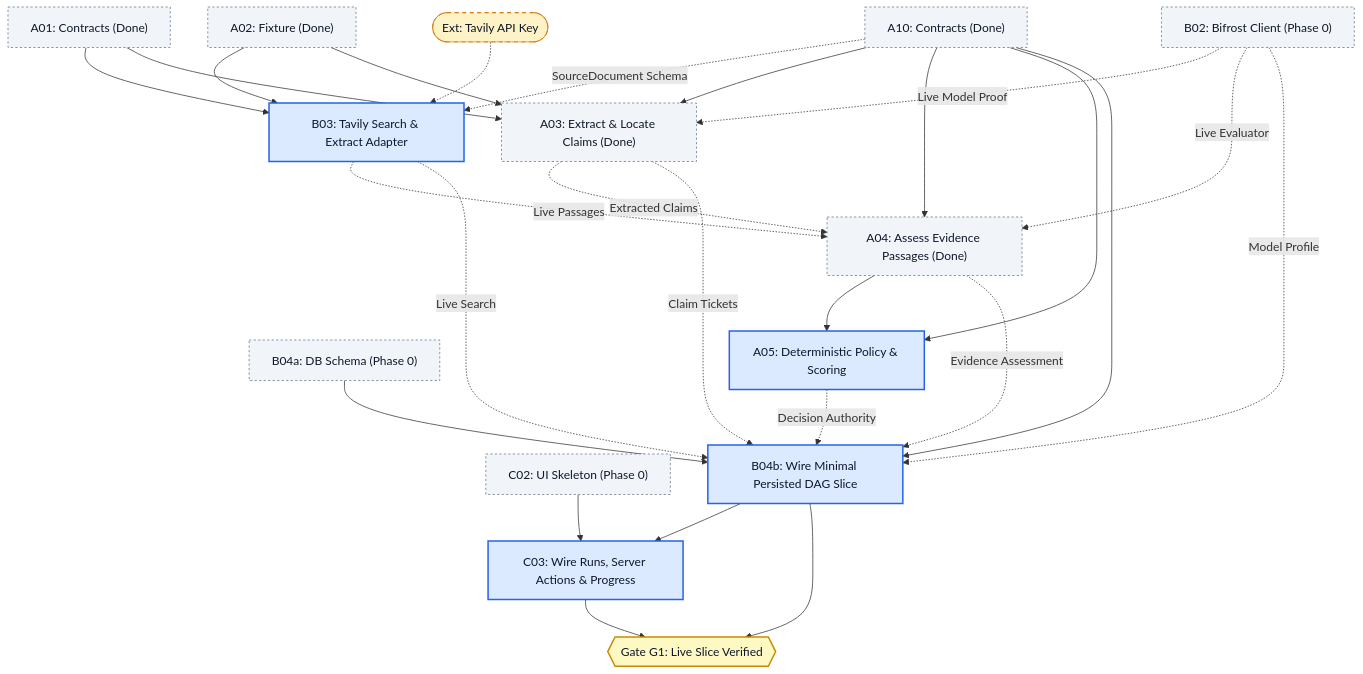
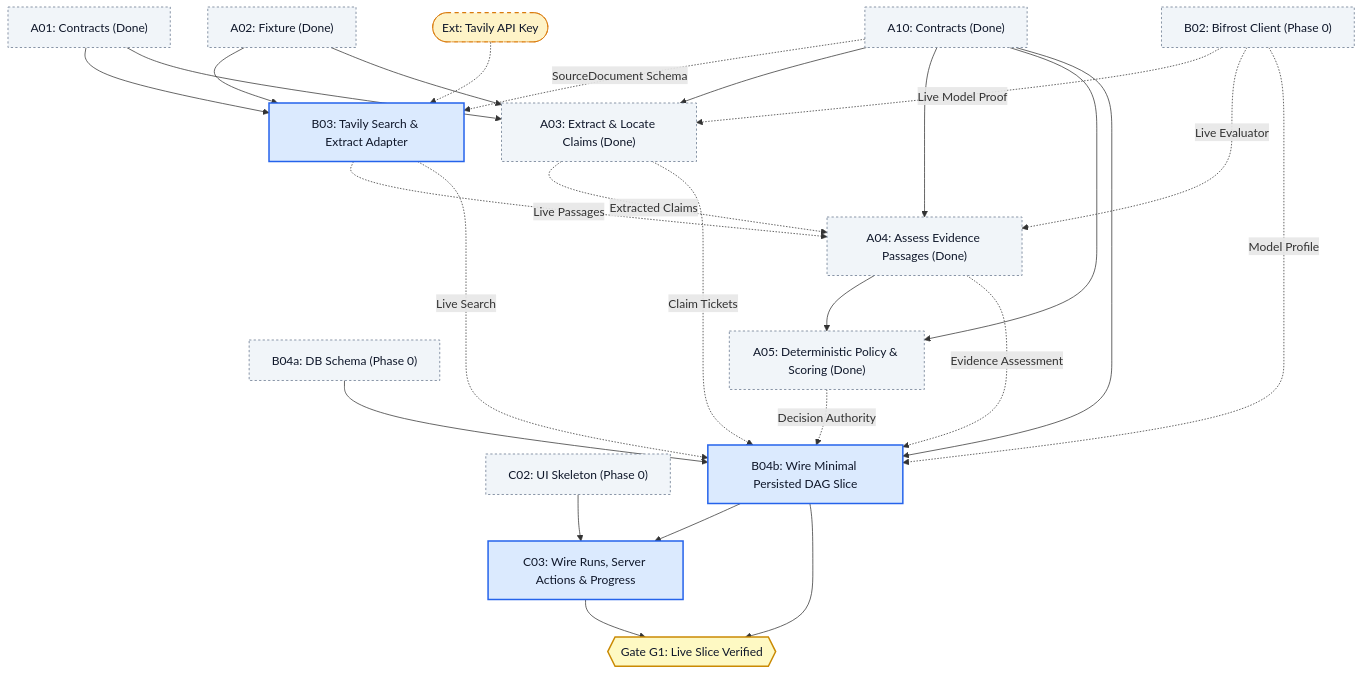
One commit to Driftaxe/Afterfact changed the third of 6 diagrams in docs/PARALLEL-WORK-PLAN.md. Above: the diagram before and after it, drawn with Mermaid. The commit also changed other lines of this file and 7 other files, not shown here.

Commit message:
feat(verify): implement A05 deterministic policy, decision gates, and aggregate synthesis

````diff
--- a/docs/PARALLEL-WORK-PLAN.md
+++ b/docs/PARALLEL-WORK-PLAN.md
@@ -192,59 +192,59 @@
 ```mermaid
 flowchart TD
     classDef unblocked fill:#dbeafe,stroke:#2563eb,stroke-width:2px,color:#0f172a;
     classDef partial fill:#ede9fe,stroke:#7c3aed,stroke-width:2px,color:#0f172a;
     classDef external fill:#fef3c7,stroke:#d97706,stroke-width:1px,stroke-dasharray: 5 5,color:#0f172a;
     classDef upstream fill:#f1f5f9,stroke:#64748b,stroke-width:1px,stroke-dasharray: 3 3,color:#0f172a;
     classDef gate fill:#fef9c3,stroke:#ca8a04,stroke-width:2px,color:#0f172a;
 
     A01["A01: Contracts (Done)"]:::upstream
     A02["A02: Fixture (Done)"]:::upstream
     A10["A10: Contracts (Done)"]:::upstream
     B02["B02: Bifrost Client (Phase 0)"]:::upstream
     B04a["B04a: DB Schema (Phase 0)"]:::upstream
     C02["C02: UI Skeleton (Phase 0)"]:::upstream
 
     TavilyKey(["Ext: Tavily API Key"]):::external
     B03["B03: Tavily Search & Extract Adapter"]:::unblocked
 
     A03["A03: Extract & Locate Claims (Done)"]:::upstream
     A04["A04: Assess Evidence Passages (Done)"]:::upstream
-    A05["A05: Deterministic Policy & Scoring"]:::unblocked
+    A05["A05: Deterministic Policy & Scoring (Done)"]:::upstream
 
     B04b["B04b: Wire Minimal Persisted DAG Slice"]:::unblocked
     C03["C03: Wire Runs, Server Actions & Progress"]:::unblocked
 
     GateG1{{"Gate G1: Live Slice Verified"}}:::gate
 
     A01 --> B03
     A02 --> B03
     A10 -.->|SourceDocument Schema| B03
     TavilyKey -.-> B03
 
     A01 --> A03
     A02 --> A03
     A10 --> A03
     B02 -.->|Live Model Proof| A03
 
     A10 --> A04
     A03 -.->|Extracted Claims| A04
     B03 -.->|Live Passages| A04
     B02 -.->|Live Evaluator| A04
 
     A04 --> A05
     A10 --> A05
 
     B04a --> B04b
     A10 --> B04b
     B02 -.->|Model Profile| B04b
     B03 -.->|Live Search| B04b
     A03 -.->|Claim Tickets| B04b
     A04 -.->|Evidence Assessment| B04b
     A05 -.->|Decision Authority| B04b
 
     C02 --> C03
     B04b --> C03
 
     B04b --> GateG1
     C03 --> GateG1
 ```
````
